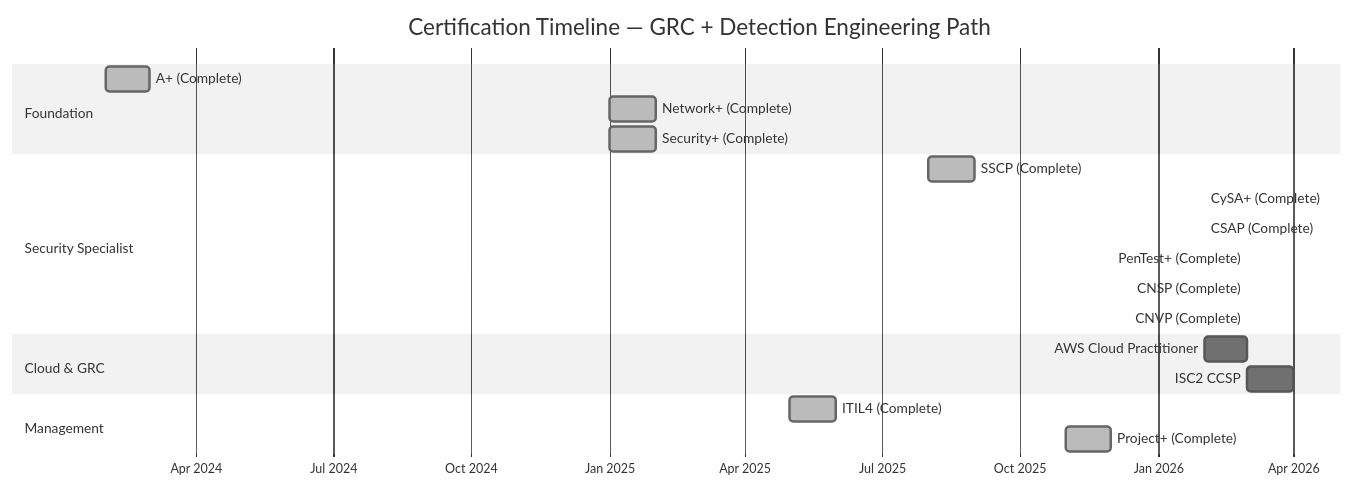
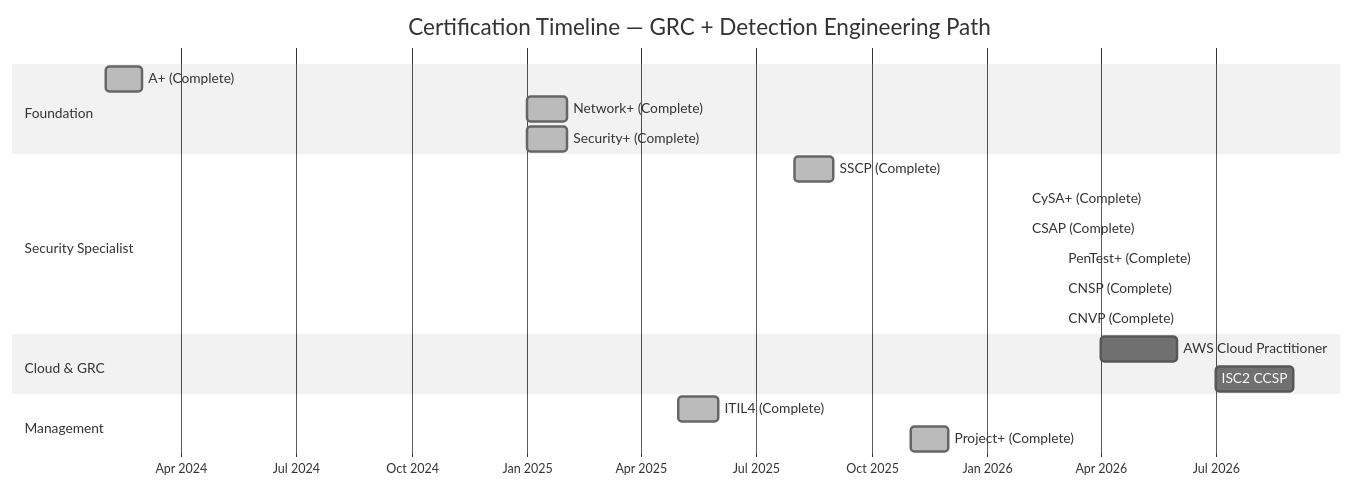
Before and after one commit to Pharns/portfolio: the diagram in docs/certifications.md, drawn with Mermaid (neutral theme). The commit also changed other lines of this file and 5 other files, not shown here.

First line of the commit message:
docs: push AWS CP to Q2 2026 and CCSP to Q3 2026

````diff
--- a/docs/certifications.md
+++ b/docs/certifications.md
@@ -16,27 +16,27 @@
 ```mermaid
 gantt
     title Certification Timeline — GRC + Detection Engineering Path
     dateFormat YYYY-MM
     axisFormat %b %Y
 
     section Foundation
     A+ (Complete)           :done, 2024-02, 2024-03
     Network+ (Complete)     :done, 2025-01, 2025-02
     Security+ (Complete)    :done, 2025-01, 2025-02
 
     section Security Specialist
     SSCP (Complete)         :done, 2025-08, 2025-09
     CySA+ (Complete)        :done, 2026-02, 2026-02
     CSAP (Complete)         :done, 2026-02, 2026-02
     PenTest+ (Complete)     :done, 2026-03, 2026-03
     CNSP (Complete)         :done, 2026-03, 2026-03
     CNVP (Complete)         :done, 2026-03, 2026-03
 
     section Cloud & GRC
-    AWS Cloud Practitioner  :2026-02, 2026-03
-    ISC2 CCSP              :2026-03, 2026-04
+    AWS Cloud Practitioner  :2026-04, 2026-06
+    ISC2 CCSP              :2026-07, 2026-09
 
     section Management
     ITIL4 (Complete)        :done, 2025-05, 2025-06
     Project+ (Complete)     :done, 2025-11, 2025-12
 ```
````
